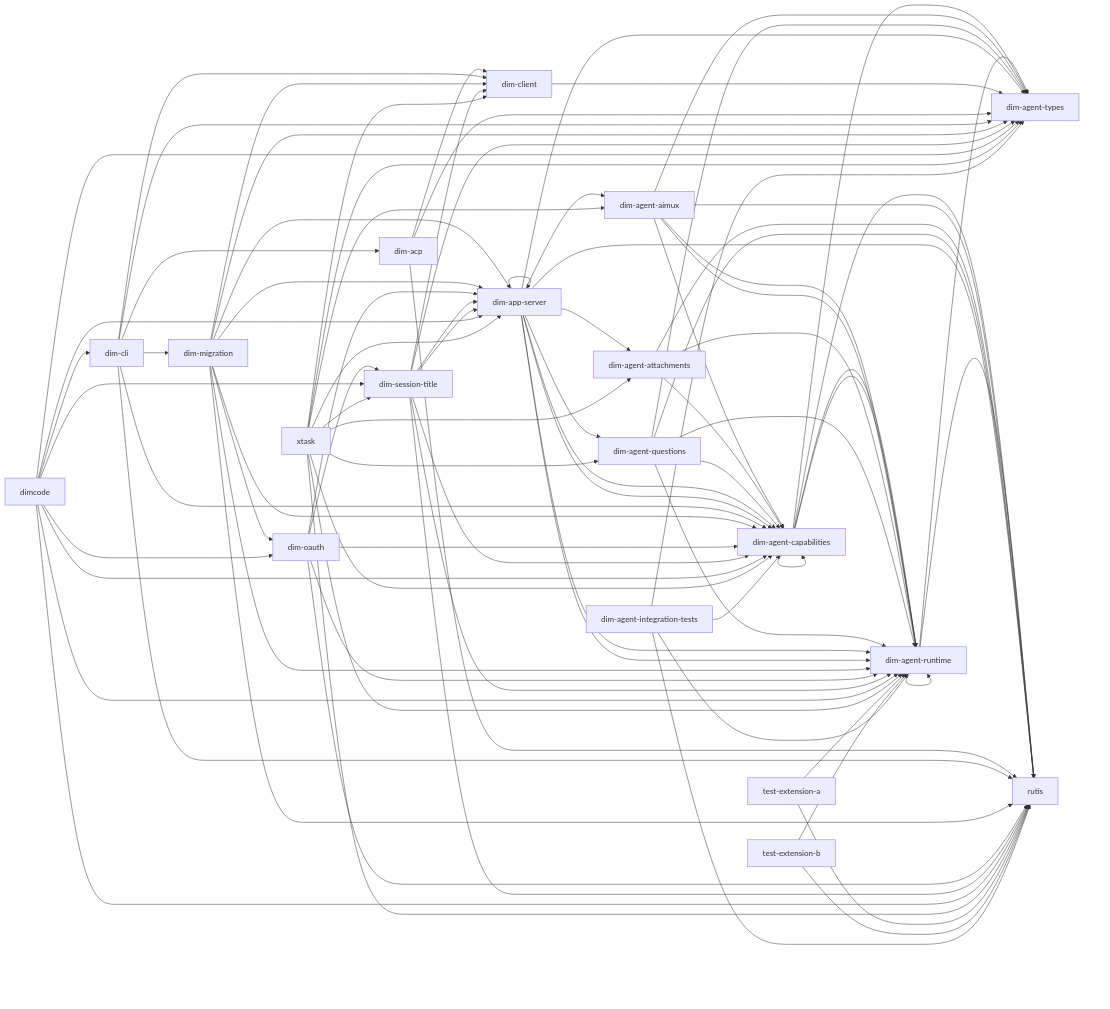
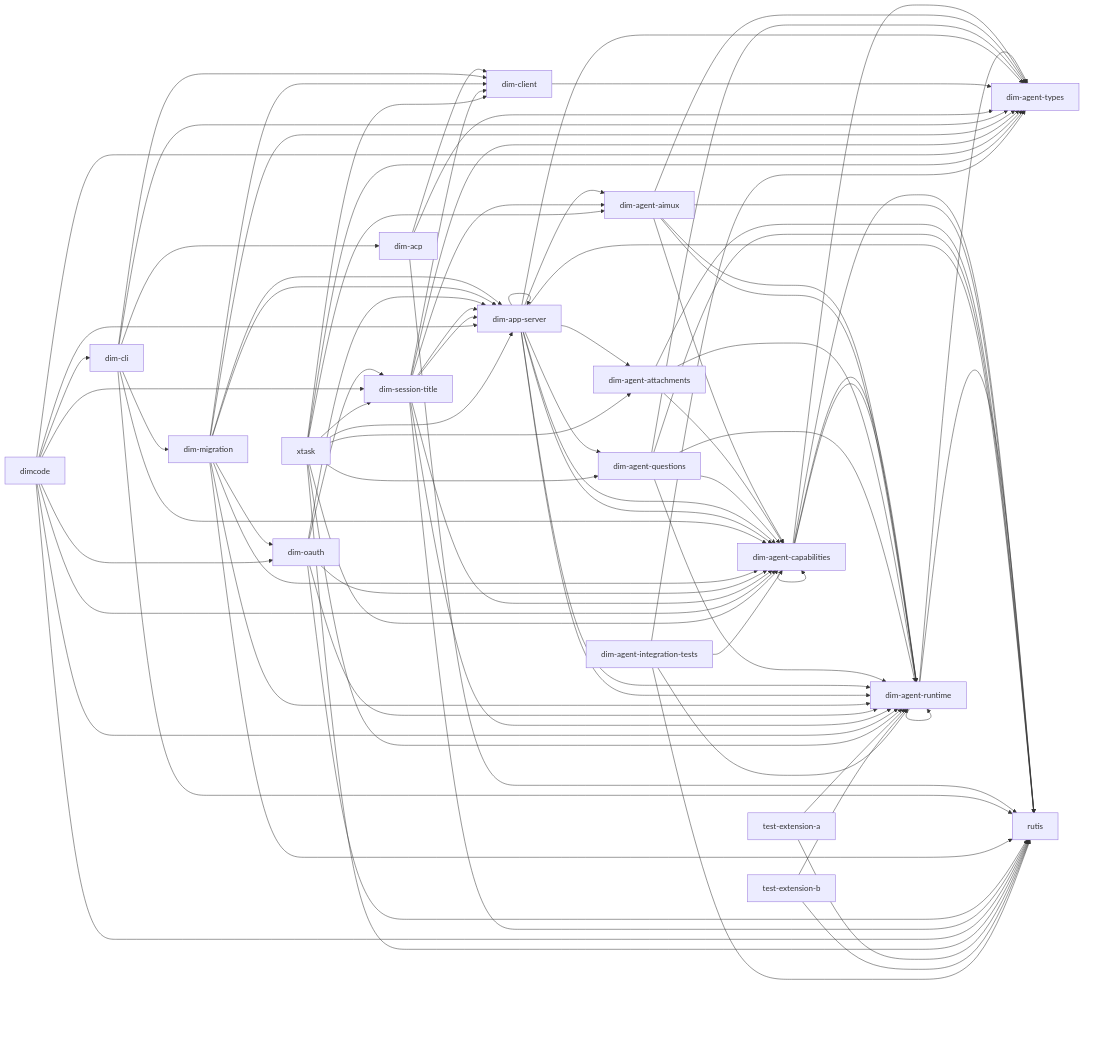
Before and after one commit to CoutinhoTTS/dim-agent: the diagram in docs/architecture/rust-agent/generated/crates.mmd, drawn with Mermaid. The commit also changed 30 other files, not shown here.

```diff
--- a/docs/architecture/rust-agent/generated/crates.mmd
+++ b/docs/architecture/rust-agent/generated/crates.mmd
@@ -1,89 +1,90 @@
 %% Generated from cargo metadata; do not edit.
 flowchart LR
   dim_agent_runtime["dim-agent-runtime"] --> dim_agent_types["dim-agent-types"]
   dim_agent_runtime["dim-agent-runtime"] --> rutis["rutis"]
   dim_agent_runtime["dim-agent-runtime"] --> dim_agent_runtime["dim-agent-runtime"]
   dim_agent_capabilities["dim-agent-capabilities"] --> dim_agent_runtime["dim-agent-runtime"]
   dim_agent_capabilities["dim-agent-capabilities"] --> dim_agent_types["dim-agent-types"]
   dim_agent_capabilities["dim-agent-capabilities"] --> rutis["rutis"]
   dim_agent_capabilities["dim-agent-capabilities"] --> dim_agent_capabilities["dim-agent-capabilities"]
   dim_agent_capabilities["dim-agent-capabilities"] --> dim_agent_runtime["dim-agent-runtime"]
   dim_agent_aimux["dim-agent-aimux"] --> dim_agent_capabilities["dim-agent-capabilities"]
   dim_agent_aimux["dim-agent-aimux"] --> dim_agent_runtime["dim-agent-runtime"]
   dim_agent_aimux["dim-agent-aimux"] --> dim_agent_types["dim-agent-types"]
   dim_agent_aimux["dim-agent-aimux"] --> rutis["rutis"]
   dim_agent_aimux["dim-agent-aimux"] --> dim_agent_runtime["dim-agent-runtime"]
   dim_agent_attachments["dim-agent-attachments"] --> dim_agent_capabilities["dim-agent-capabilities"]
   dim_agent_attachments["dim-agent-attachments"] --> dim_agent_runtime["dim-agent-runtime"]
   dim_agent_attachments["dim-agent-attachments"] --> rutis["rutis"]
   dim_agent_questions["dim-agent-questions"] --> dim_agent_capabilities["dim-agent-capabilities"]
   dim_agent_questions["dim-agent-questions"] --> dim_agent_runtime["dim-agent-runtime"]
   dim_agent_questions["dim-agent-questions"] --> dim_agent_types["dim-agent-types"]
   dim_agent_questions["dim-agent-questions"] --> rutis["rutis"]
   dim_agent_questions["dim-agent-questions"] --> dim_agent_runtime["dim-agent-runtime"]
   dim_app_server["dim-app-server"] --> dim_agent_aimux["dim-agent-aimux"]
   dim_app_server["dim-app-server"] --> dim_agent_attachments["dim-agent-attachments"]
   dim_app_server["dim-app-server"] --> dim_agent_capabilities["dim-agent-capabilities"]
   dim_app_server["dim-app-server"] --> dim_agent_questions["dim-agent-questions"]
   dim_app_server["dim-app-server"] --> dim_agent_runtime["dim-agent-runtime"]
   dim_app_server["dim-app-server"] --> dim_agent_types["dim-agent-types"]
   dim_app_server["dim-app-server"] --> rutis["rutis"]
   dim_app_server["dim-app-server"] --> dim_agent_capabilities["dim-agent-capabilities"]
   dim_app_server["dim-app-server"] --> dim_agent_runtime["dim-agent-runtime"]
   dim_app_server["dim-app-server"] --> dim_app_server["dim-app-server"]
   dim_client["dim-client"] --> dim_agent_types["dim-agent-types"]
   dim_acp["dim-acp"] --> dim_agent_types["dim-agent-types"]
   dim_acp["dim-acp"] --> dim_client["dim-client"]
   dim_acp["dim-acp"] --> rutis["rutis"]
   dim_cli["dim-cli"] --> dim_acp["dim-acp"]
   dim_cli["dim-cli"] --> dim_agent_capabilities["dim-agent-capabilities"]
   dim_cli["dim-cli"] --> dim_agent_types["dim-agent-types"]
   dim_cli["dim-cli"] --> dim_client["dim-client"]
   dim_cli["dim-cli"] --> dim_migration["dim-migration"]
   dim_cli["dim-cli"] --> rutis["rutis"]
   dim_migration["dim-migration"] --> dim_agent_capabilities["dim-agent-capabilities"]
   dim_migration["dim-migration"] --> dim_agent_runtime["dim-agent-runtime"]
   dim_migration["dim-migration"] --> dim_agent_types["dim-agent-types"]
   dim_migration["dim-migration"] --> dim_app_server["dim-app-server"]
   dim_migration["dim-migration"] --> rutis["rutis"]
   dim_migration["dim-migration"] --> dim_app_server["dim-app-server"]
   dim_migration["dim-migration"] --> dim_client["dim-client"]
   dim_migration["dim-migration"] --> dim_oauth["dim-oauth"]
   dim_oauth["dim-oauth"] --> dim_agent_capabilities["dim-agent-capabilities"]
   dim_oauth["dim-oauth"] --> dim_agent_runtime["dim-agent-runtime"]
   dim_oauth["dim-oauth"] --> dim_app_server["dim-app-server"]
   dim_oauth["dim-oauth"] --> dim_session_title["dim-session-title"]
   dim_oauth["dim-oauth"] --> rutis["rutis"]
   dim_session_title["dim-session-title"] --> dim_agent_capabilities["dim-agent-capabilities"]
   dim_session_title["dim-session-title"] --> dim_agent_runtime["dim-agent-runtime"]
   dim_session_title["dim-session-title"] --> dim_agent_types["dim-agent-types"]
   dim_session_title["dim-session-title"] --> dim_app_server["dim-app-server"]
   dim_session_title["dim-session-title"] --> rutis["rutis"]
+  dim_session_title["dim-session-title"] --> dim_agent_aimux["dim-agent-aimux"]
   dim_session_title["dim-session-title"] --> dim_app_server["dim-app-server"]
   dim_session_title["dim-session-title"] --> dim_client["dim-client"]
   dimcode["dimcode"] --> dim_app_server["dim-app-server"]
   dimcode["dimcode"] --> dim_cli["dim-cli"]
   dimcode["dimcode"] --> dim_oauth["dim-oauth"]
   dimcode["dimcode"] --> dim_session_title["dim-session-title"]
   dimcode["dimcode"] --> dim_agent_capabilities["dim-agent-capabilities"]
   dimcode["dimcode"] --> dim_agent_runtime["dim-agent-runtime"]
   dimcode["dimcode"] --> dim_agent_types["dim-agent-types"]
   dimcode["dimcode"] --> rutis["rutis"]
   xtask["xtask"] --> dim_agent_aimux["dim-agent-aimux"]
   xtask["xtask"] --> dim_agent_attachments["dim-agent-attachments"]
   xtask["xtask"] --> dim_agent_capabilities["dim-agent-capabilities"]
   xtask["xtask"] --> dim_agent_questions["dim-agent-questions"]
   xtask["xtask"] --> dim_agent_runtime["dim-agent-runtime"]
   xtask["xtask"] --> dim_agent_types["dim-agent-types"]
   xtask["xtask"] --> dim_app_server["dim-app-server"]
   xtask["xtask"] --> dim_client["dim-client"]
   xtask["xtask"] --> dim_session_title["dim-session-title"]
   xtask["xtask"] --> rutis["rutis"]
   test_extension_a["test-extension-a"] --> dim_agent_runtime["dim-agent-runtime"]
   test_extension_a["test-extension-a"] --> rutis["rutis"]
   test_extension_b["test-extension-b"] --> dim_agent_runtime["dim-agent-runtime"]
   test_extension_b["test-extension-b"] --> rutis["rutis"]
   dim_agent_integration_tests["dim-agent-integration-tests"] --> dim_agent_capabilities["dim-agent-capabilities"]
   dim_agent_integration_tests["dim-agent-integration-tests"] --> dim_agent_runtime["dim-agent-runtime"]
   dim_agent_integration_tests["dim-agent-integration-tests"] --> dim_agent_types["dim-agent-types"]
   dim_agent_integration_tests["dim-agent-integration-tests"] --> rutis["rutis"]
```
